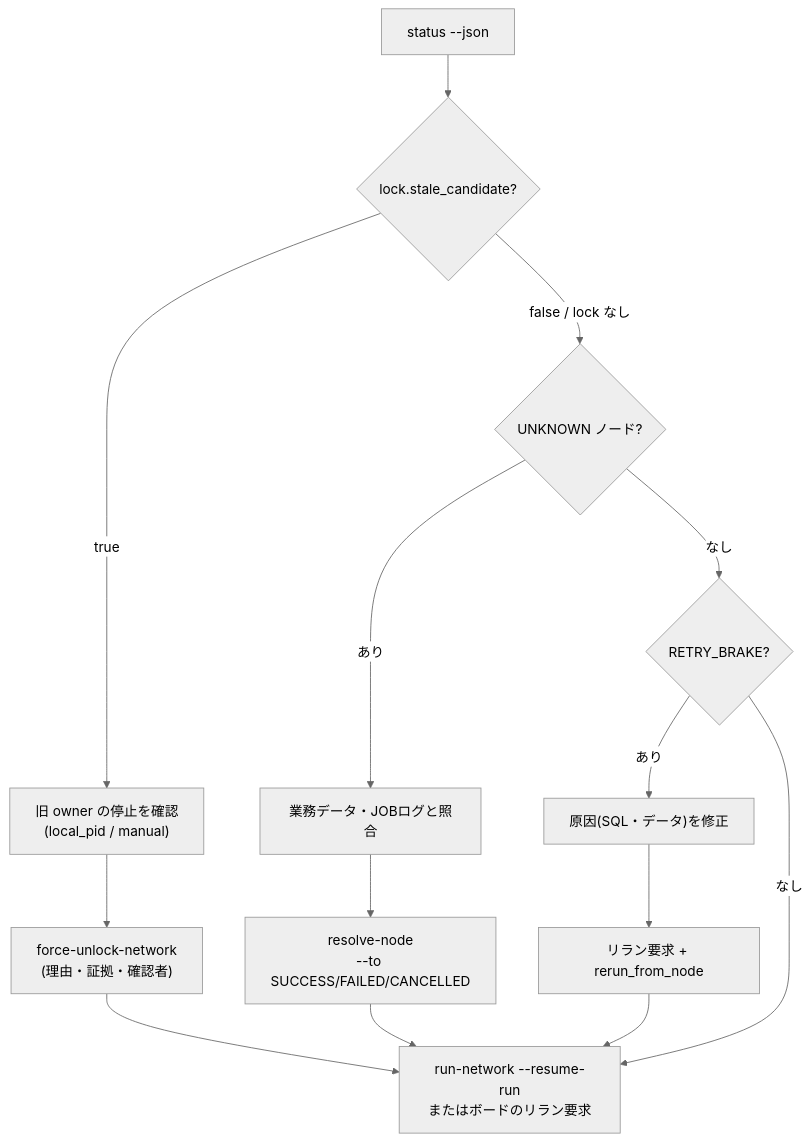
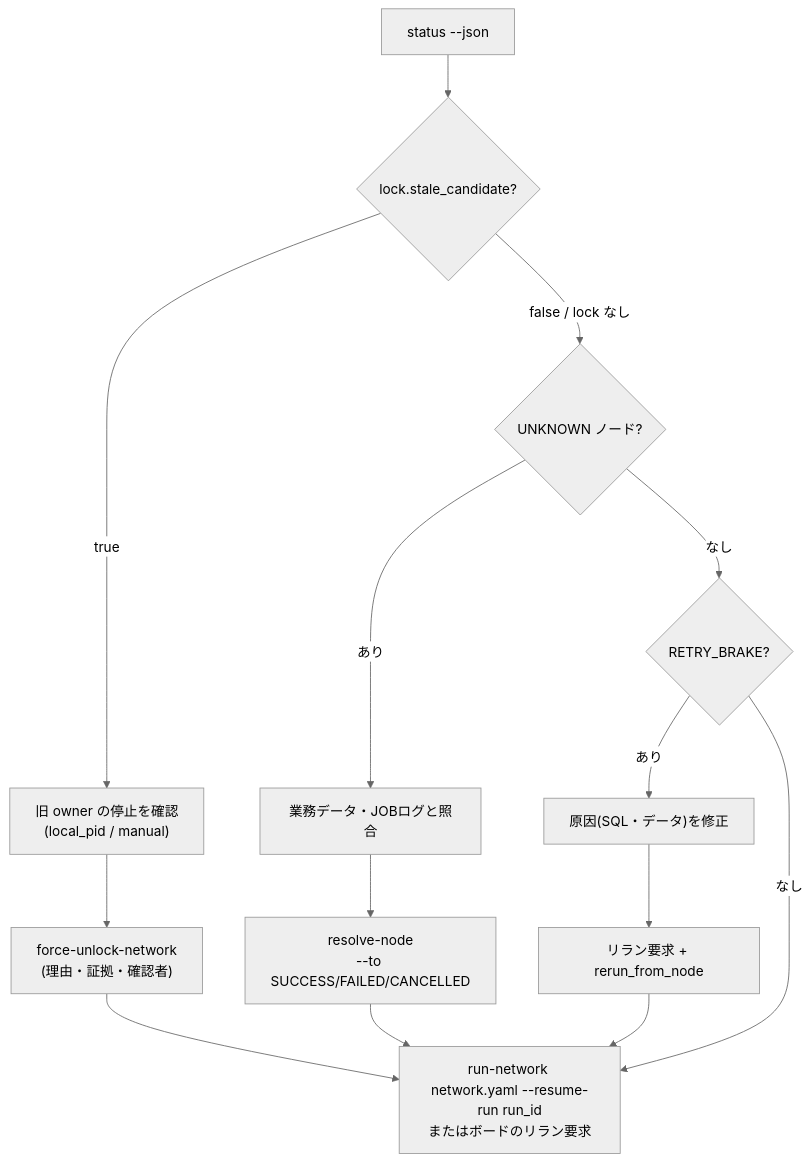
One commit to rex0220/ksql-flownet changed the diagram in docs/internal/qiita-draft-6.md. Above: the diagram before and after it, drawn with Mermaid (neutral theme). The commit also changed other lines of this file and 1 other file, not shown here.

Commit message:
docs: #6 障害対応編 第1巡 — resume/rerun-from の CLI を定義ファイル付きの完全形へ、認証主体の説明を runbook どおりに補足し stop-confirmed-by は確認者の識別子に、UNKNOWN→FAILED の再実行条件、監査補完手順の具体化、PID 再利用の考慮

````diff
--- a/docs/internal/qiita-draft-6.md
+++ b/docs/internal/qiita-draft-6.md
@@ -32,10 +32,10 @@
 ```mermaid
 flowchart TB
   S["status --json"] --> Q1{"lock.stale_candidate?"}
   Q1 -->|"true"| STOP["旧 owner の停止を確認<br>(local_pid / manual)"] --> FU["force-unlock-network<br>(理由・証拠・確認者)"] --> RES
   Q1 -->|"false / lock なし"| Q2{"UNKNOWN ノード?"}
   Q2 -->|"あり"| VER["業務データ・JOBログと照合"] --> RN["resolve-node<br>--to SUCCESS/FAILED/CANCELLED"] --> RES
   Q2 -->|"なし"| Q3{"RETRY_BRAKE?"}
   Q3 -->|"あり"| FIX["原因(SQL・データ)を修正"] --> RF["リラン要求 + rerun_from_node"] --> RES
-  Q3 -->|"なし"| RES["run-network --resume-run<br>またはボードのリラン要求"]
+  Q3 -->|"なし"| RES["run-network network.yaml --resume-run run_id<br>またはボードのリラン要求"]
 ```
````
